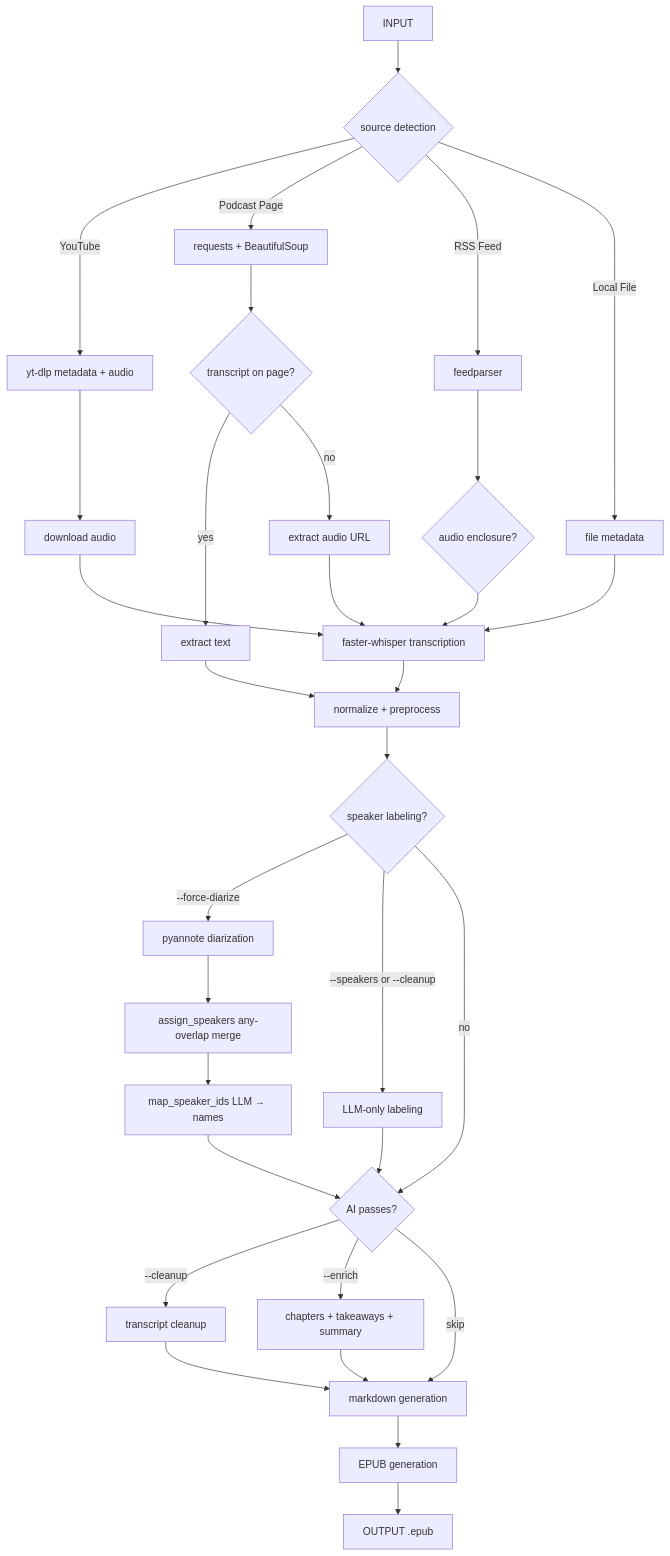
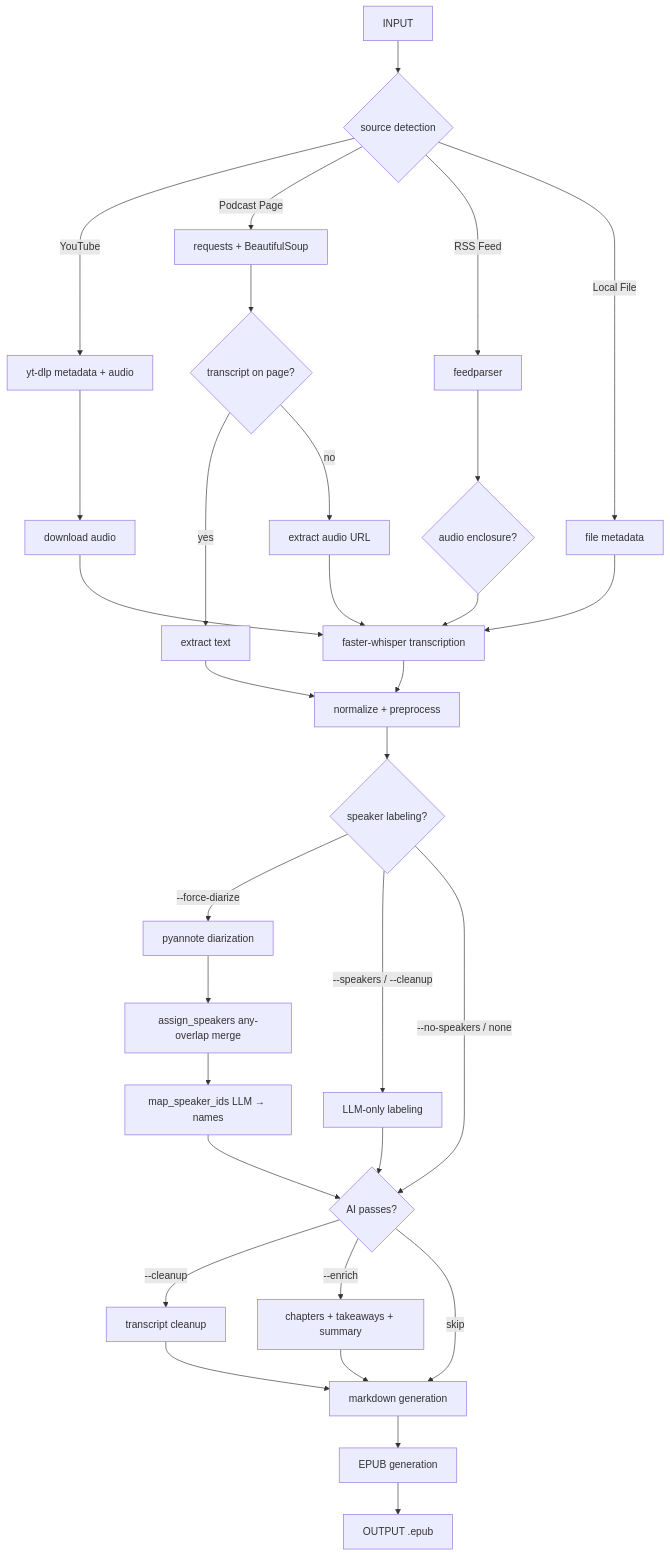
The diagram in README.md (huajie06/to-text), drawn with Mermaid before and after one commit. The commit also changed other lines of this file and 3 other files, not shown here.

````diff
--- a/README.md
+++ b/README.md
@@ -25,42 +25,42 @@
 ```mermaid
 flowchart TD
     A[INPUT] --> B{source detection}
     B -->|YouTube| C[yt-dlp metadata + audio]
     B -->|Podcast Page| D[requests + BeautifulSoup]
     B -->|RSS Feed| E[feedparser]
     B -->|Local File| F[file metadata]
 
     C --> K[download audio]
     D --> H{transcript on page?}
     E --> I{audio enclosure?}
 
     H -->|yes| L[extract text]
     H -->|no| M[extract audio URL]
 
     K --> N[faster-whisper transcription]
     M --> N
     I --> N
     F --> N
 
     N --> O[normalize + preprocess]
     L --> O
 
     O --> SP{speaker labeling?}
     SP -->|--force-diarize| DZ[pyannote diarization]
-    SP -->|--speakers or --cleanup| SL[LLM-only labeling]
-    SP -->|no| P
+    SP -->|--speakers / --cleanup| SL[LLM-only labeling]
+    SP -->|--no-speakers / none| P
 
     DZ --> AS[assign_speakers any-overlap merge]
     AS --> MP[map_speaker_ids LLM → names]
     SL --> P
 
     MP --> P{AI passes?}
     P -->|--cleanup| Q[transcript cleanup]
     P -->|--enrich| R[chapters + takeaways + summary]
     Q --> S[markdown generation]
     R --> S
     P -->|skip| S
 
     S --> T[EPUB generation]
     T --> U[OUTPUT .epub]
 ```
````
